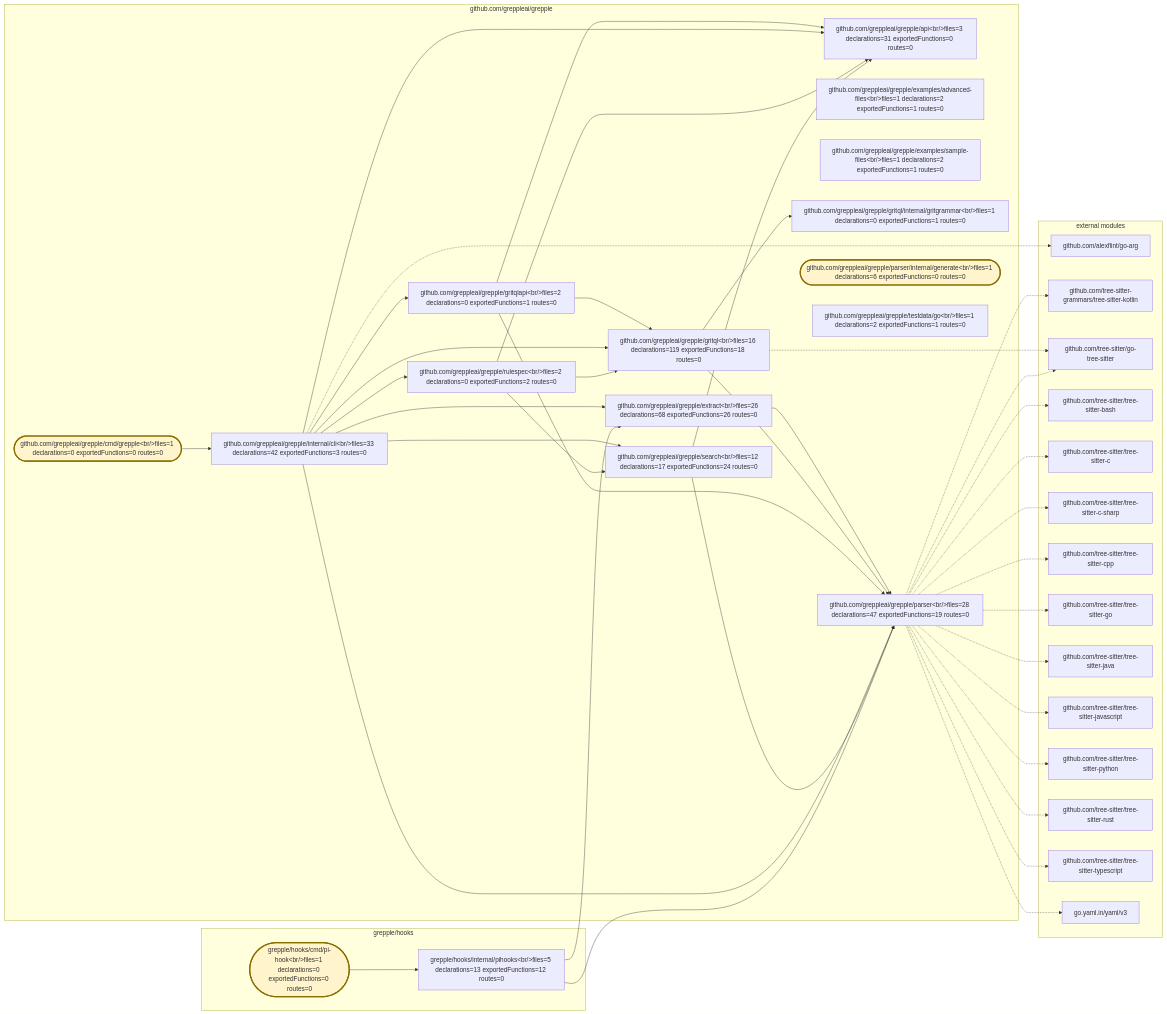
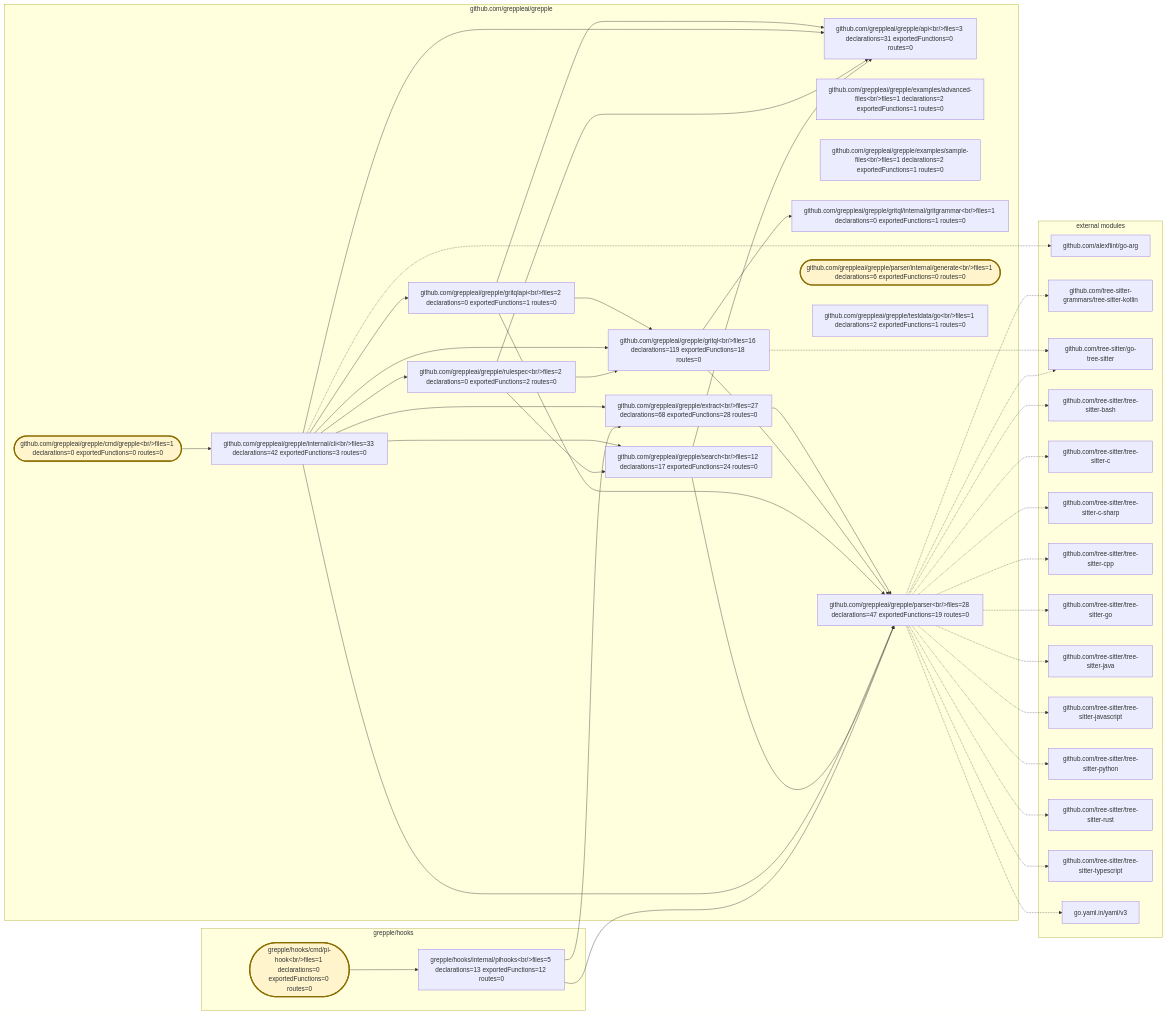
One commit to greppleai/grepple changed the diagram in .grepple/project.workspace/overview.mmd. Above: the diagram before and after it, drawn with Mermaid. The commit also changed 14 other files, not shown here.

Commit message:
feat: add compact architecture summaries

```diff
--- a/.grepple/project.workspace/overview.mmd
+++ b/.grepple/project.workspace/overview.mmd
@@ -1,78 +1,78 @@
 flowchart LR
     classDef entrypoint fill:#fff4cc,stroke:#8a6d00,stroke-width:3px
     subgraph module_0["github.com/greppleai/grepple"]
         package_0["github.com/greppleai/grepple/api&lt;br/&gt;files=3 declarations=31 exportedFunctions=0 routes=0"]
         package_1(["github.com/greppleai/grepple/cmd/grepple&lt;br/&gt;files=1 declarations=0 exportedFunctions=0 routes=0"])
         class package_1 entrypoint
         package_2["github.com/greppleai/grepple/examples/advanced-files&lt;br/&gt;files=1 declarations=2 exportedFunctions=1 routes=0"]
         package_3["github.com/greppleai/grepple/examples/sample-files&lt;br/&gt;files=1 declarations=2 exportedFunctions=1 routes=0"]
-        package_4["github.com/greppleai/grepple/extract&lt;br/&gt;files=26 declarations=68 exportedFunctions=26 routes=0"]
+        package_4["github.com/greppleai/grepple/extract&lt;br/&gt;files=27 declarations=68 exportedFunctions=28 routes=0"]
         package_5["github.com/greppleai/grepple/gritql&lt;br/&gt;files=16 declarations=119 exportedFunctions=18 routes=0"]
         package_6["github.com/greppleai/grepple/gritql/internal/gritgrammar&lt;br/&gt;files=1 declarations=0 exportedFunctions=1 routes=0"]
         package_7["github.com/greppleai/grepple/gritqlapi&lt;br/&gt;files=2 declarations=0 exportedFunctions=1 routes=0"]
         package_8["github.com/greppleai/grepple/internal/cli&lt;br/&gt;files=33 declarations=42 exportedFunctions=3 routes=0"]
         package_9["github.com/greppleai/grepple/parser&lt;br/&gt;files=28 declarations=47 exportedFunctions=19 routes=0"]
         package_10(["github.com/greppleai/grepple/parser/internal/generate&lt;br/&gt;files=1 declarations=6 exportedFunctions=0 routes=0"])
         class package_10 entrypoint
         package_11["github.com/greppleai/grepple/rulespec&lt;br/&gt;files=2 declarations=0 exportedFunctions=2 routes=0"]
         package_12["github.com/greppleai/grepple/search&lt;br/&gt;files=12 declarations=17 exportedFunctions=24 routes=0"]
         package_13["github.com/greppleai/grepple/testdata/go&lt;br/&gt;files=1 declarations=2 exportedFunctions=1 routes=0"]
     end
     subgraph module_1["grepple/hooks"]
         package_14(["grepple/hooks/cmd/pi-hook&lt;br/&gt;files=1 declarations=0 exportedFunctions=0 routes=0"])
         class package_14 entrypoint
         package_15["grepple/hooks/internal/pihooks&lt;br/&gt;files=5 declarations=13 exportedFunctions=12 routes=0"]
     end
     package_1 --> package_8
     package_4 --> package_9
     package_5 --> package_6
     package_5 --> package_9
     package_7 --> package_0
     package_7 --> package_5
     package_7 --> package_9
     package_8 --> package_0
     package_8 --> package_4
     package_8 --> package_5
     package_8 --> package_7
     package_8 --> package_9
     package_8 --> package_11
     package_8 --> package_12
     package_11 --> package_0
     package_11 --> package_5
     package_11 --> package_12
     package_12 --> package_0
     package_12 --> package_9
     package_14 --> package_15
     package_15 --> package_4
     package_15 --> package_9
     subgraph external_dependencies["external modules"]
         external_0["github.com/alexflint/go-arg"]
         external_1["github.com/tree-sitter-grammars/tree-sitter-kotlin"]
         external_2["github.com/tree-sitter/go-tree-sitter"]
         external_3["github.com/tree-sitter/tree-sitter-bash"]
         external_4["github.com/tree-sitter/tree-sitter-c"]
         external_5["github.com/tree-sitter/tree-sitter-c-sharp"]
         external_6["github.com/tree-sitter/tree-sitter-cpp"]
         external_7["github.com/tree-sitter/tree-sitter-go"]
         external_8["github.com/tree-sitter/tree-sitter-java"]
         external_9["github.com/tree-sitter/tree-sitter-javascript"]
         external_10["github.com/tree-sitter/tree-sitter-python"]
         external_11["github.com/tree-sitter/tree-sitter-rust"]
         external_12["github.com/tree-sitter/tree-sitter-typescript"]
         external_13["go.yaml.in/yaml/v3"]
     end
     package_8 -.-> external_0
     package_9 -.-> external_1
     package_5 -.-> external_2
     package_9 -.-> external_2
     package_9 -.-> external_3
     package_9 -.-> external_4
     package_9 -.-> external_5
     package_9 -.-> external_6
     package_9 -.-> external_7
     package_9 -.-> external_8
     package_9 -.-> external_9
     package_9 -.-> external_10
     package_9 -.-> external_11
     package_9 -.-> external_12
     package_9 -.-> external_13
```
